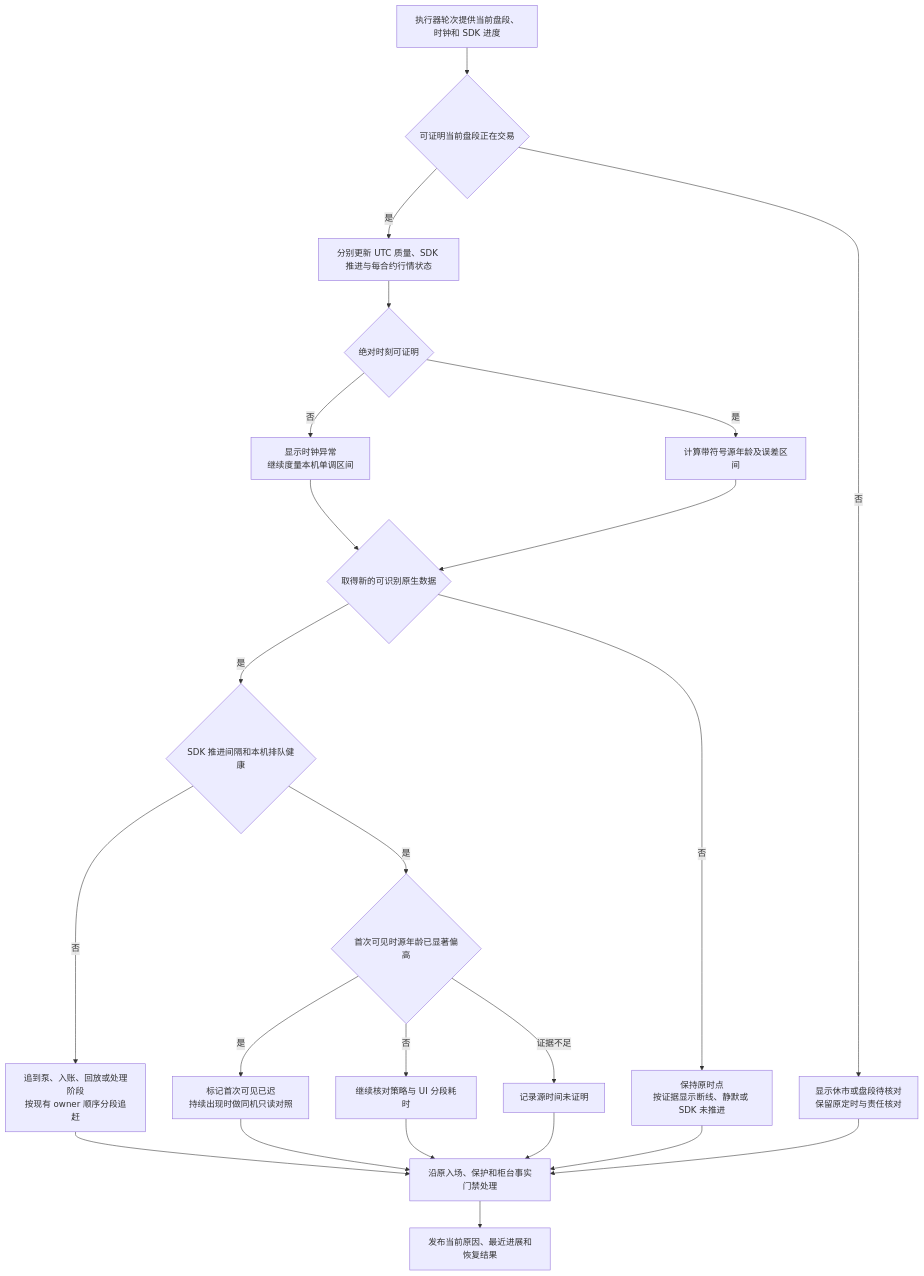
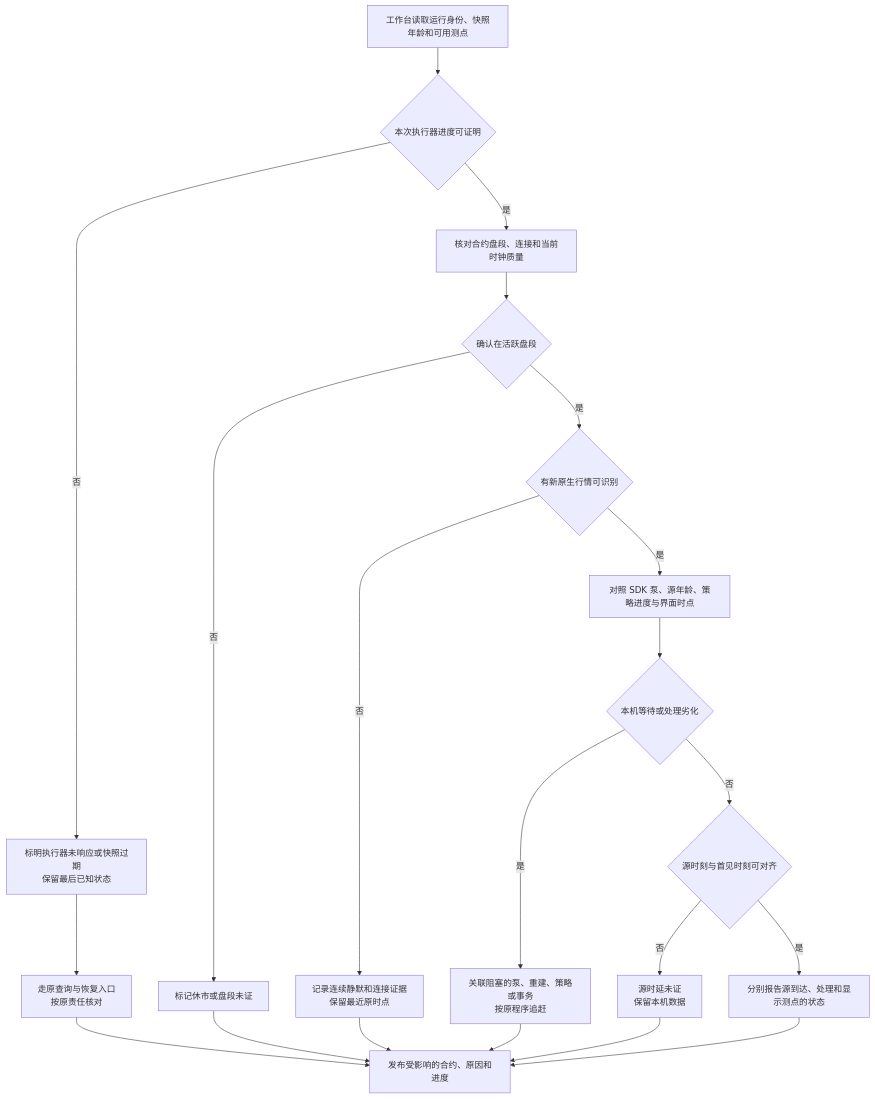
Before and after one commit to Yoruto/OnlineTrader: the fifth of 8 diagrams in docs/clock-market-data-stability-implementation-plan-20261118.md, drawn with Mermaid. The commit also changed other lines of this file, not shown here.

````diff
--- a/docs/clock-market-data-stability-implementation-plan-20261118.md
+++ b/docs/clock-market-data-stability-implementation-plan-20261118.md
@@ -175,25 +206,23 @@
 ```mermaid
 flowchart TD
-    A["执行器轮次提供当前盘段、时钟和 SDK 进度"] --> B{"可证明当前盘段正在交易"}
-    B -->|否| C["显示休市或盘段待核对<br/>保留原定时与责任核对"]
-    B -->|是| D["分别更新 UTC 质量、SDK 推进与每合约行情状态"]
-    D --> E{"绝对时刻可证明"}
-    E -->|否| F["显示时钟异常<br/>继续度量本机单调区间"]
-    E -->|是| G["计算带符号源年龄及误差区间"]
-    F --> H
-    G --> H{"取得新的可识别原生数据"}
-    H -->|否| I["保持原时点<br/>按证据显示断线、静默或 SDK 未推进"]
-    H -->|是| J{"SDK 推进间隔和本机排队健康"}
-    J -->|否| K["追到泵、入账、回放或处理阶段<br/>按现有 owner 顺序分段追赶"]
-    J -->|是| L{"首次可见时源年龄已显著偏高"}
-    L -->|是| M["标记首次可见已迟<br/>持续出现时做同机只读对照"]
-    L -->|否| N["继续核对策略与 UI 分段耗时"]
-    L -->|证据不足| O["记录源时间未证明"]
-    K --> P["沿原入场、保护和柜台事实门禁处理"]
-    M --> P
+    A["工作台读取运行身份、快照年龄和可用测点"] --> B{"本次执行器进度可证明"}
+    B -->|否| C["标明执行器未响应或快照过期<br/>保留最后已知状态"]
+    C --> D["走原查询与恢复入口<br/>按原责任核对"]
+    B -->|是| E["核对合约盘段、连接和当前时钟质量"]
+    E --> F{"确认在活跃盘段"}
+    F -->|否| G["标记休市或盘段未证"]
+    F -->|是| H{"有新原生行情可识别"}
+    H -->|否| I["记录连续静默和连接证据<br/>保留最近原时点"]
+    H -->|是| J["对照 SDK 泵、源年龄、策略进度与界面时点"]
+    J --> K{"本机等待或处理劣化"}
+    K -->|是| L["关联阻塞的泵、重建、策略或事务<br/>按原程序追赶"]
+    K -->|否| M{"源时刻与首见时刻可对齐"}
+    M -->|否| N["源时延未证<br/>保留本机数据"]
+    M -->|是| O["分别报告源到达、处理和显示测点的状态"]
+    D --> P["发布受影响的合约、原因和进度"]
+    G --> P
+    I --> P
+    L --> P
     N --> P
     O --> P
-    I --> P
-    C --> P
-    P --> Q["发布当前原因、最近进展和恢复结果"]
 ```
````
